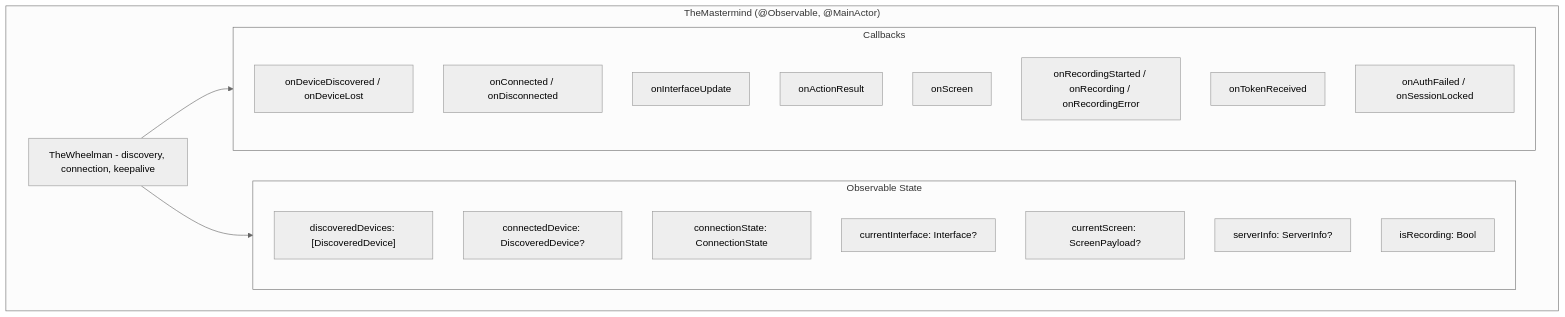
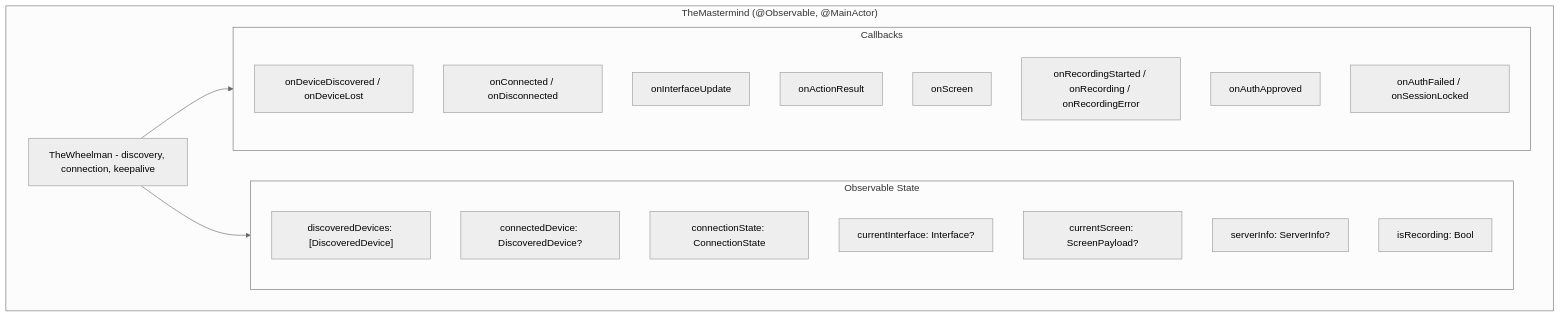
The first of 3 diagrams in docs/dossiers/09-THEMASTERMIND.md (RoyalPineapple/TheButtonHeist), drawn with Mermaid (neutral theme) before and after one commit. The commit also changed 5 other files, not shown here.

First line of the commit message:
Rename onTokenReceived to onAuthApproved and fix CLI watchMode reference

````diff
--- a/docs/dossiers/09-THEMASTERMIND.md
+++ b/docs/dossiers/09-THEMASTERMIND.md
@@ -23,30 +23,30 @@
 ```mermaid
 graph TD
     subgraph TheMastermind["TheMastermind (@Observable, @MainActor)"]
         Wheelman["TheWheelman - discovery, connection, keepalive"]
 
         subgraph ObservableState["Observable State"]
             Devices["discoveredDevices: [DiscoveredDevice]"]
             Connected["connectedDevice: DiscoveredDevice?"]
             ConnState["connectionState: ConnectionState"]
             CurrentIF["currentInterface: Interface?"]
             CurrentScreen["currentScreen: ScreenPayload?"]
             ServerInfo["serverInfo: ServerInfo?"]
             IsRecording["isRecording: Bool"]
         end
 
         subgraph Callbacks["Callbacks"]
             OnDevice["onDeviceDiscovered / onDeviceLost"]
             OnConn["onConnected / onDisconnected"]
             OnIF["onInterfaceUpdate"]
             OnAction["onActionResult"]
             OnScreen["onScreen"]
             OnRec["onRecordingStarted / onRecording / onRecordingError"]
-            OnToken["onTokenReceived"]
+            OnToken["onAuthApproved"]
             OnAuth["onAuthFailed / onSessionLocked"]
         end
     end
 
     Wheelman --> ObservableState
     Wheelman --> Callbacks
 ```
````
